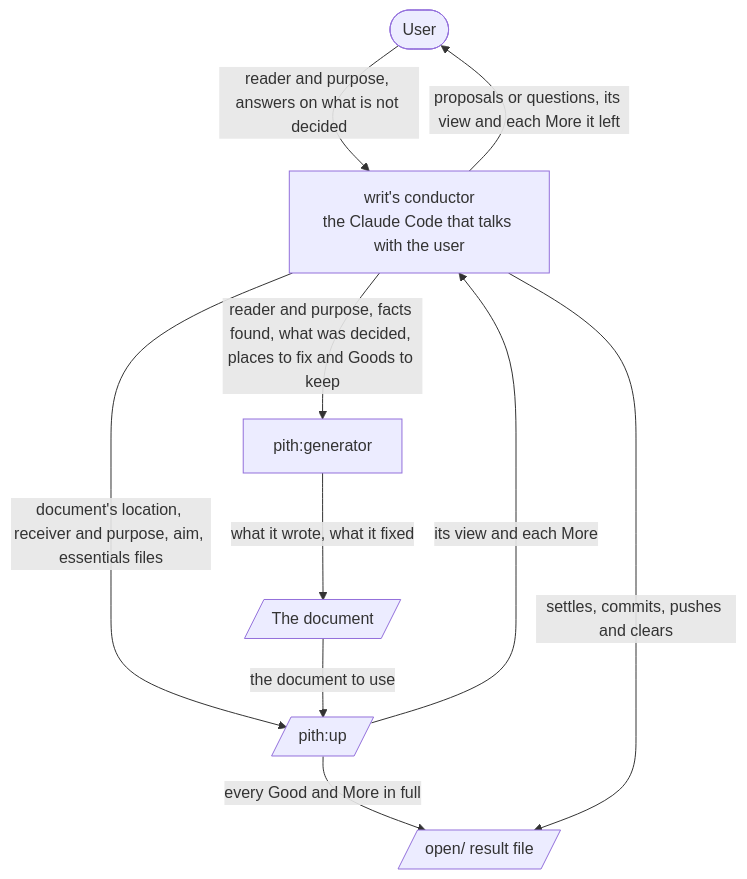
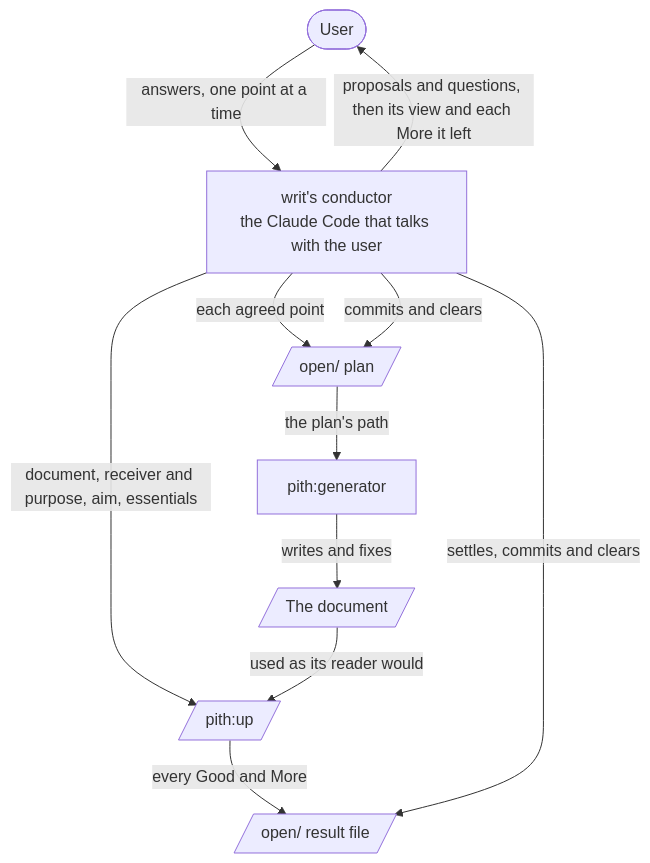
One commit to lovaizu/ccpm changed the first of 2 diagrams in writ/docs/design.md. Above: the diagram before and after it, drawn with Mermaid. The commit also changed other lines of this file and 32 other files, not shown here.

````diff
--- a/writ/docs/design.md
+++ b/writ/docs/design.md
@@ -5,18 +5,20 @@
 ```mermaid
 flowchart TD
   U([User])
   C[writ's conductor<br/>the Claude Code that talks with the user]
+  PL[/open/ plan/]
   G[pith:generator]
   F[/The document/]
   P[/pith:up/]
   RF[/open/ result file/]
-  U -->|reader and purpose, answers on what is not decided| C
-  C -->|proposals or questions, its view and each More it left| U
-  C -->|reader and purpose, facts found, what was decided, places to fix and Goods to keep| G
-  G -->|what it wrote, what it fixed| F
-  C -->|document's location, receiver and purpose, aim, essentials files| P
-  F -->|the document to use| P
-  P -->|every Good and More in full| RF
-  P -->|its view and each More| C
-  C -->|settles, commits, pushes and clears| RF
+  U -->|answers, one point at a time| C
+  C -->|proposals and questions, then its view and each More it left| U
+  C -->|each agreed point| PL
+  PL -->|the plan's path| G
+  G -->|writes and fixes| F
+  C -->|document, receiver and purpose, aim, essentials| P
+  F -->|used as its reader would| P
+  P -->|every Good and More| RF
+  C -->|settles, commits and clears| RF
+  C -->|commits and clears| PL
 ```
````
